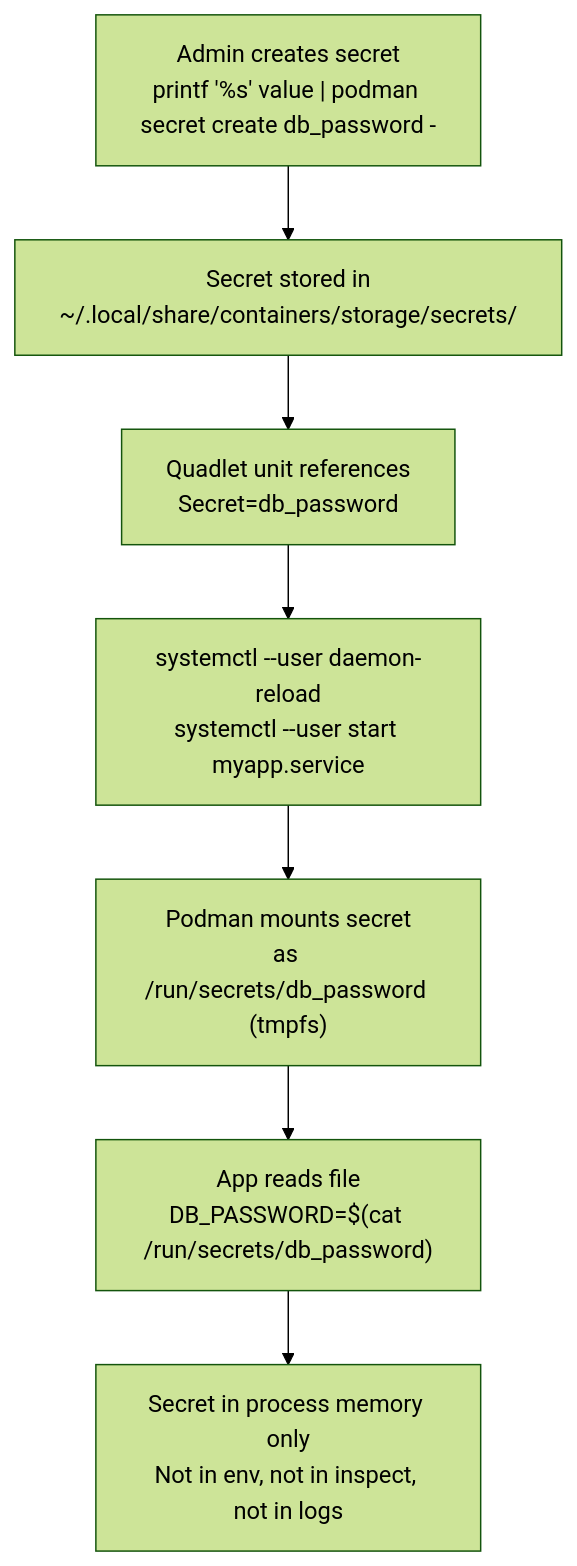
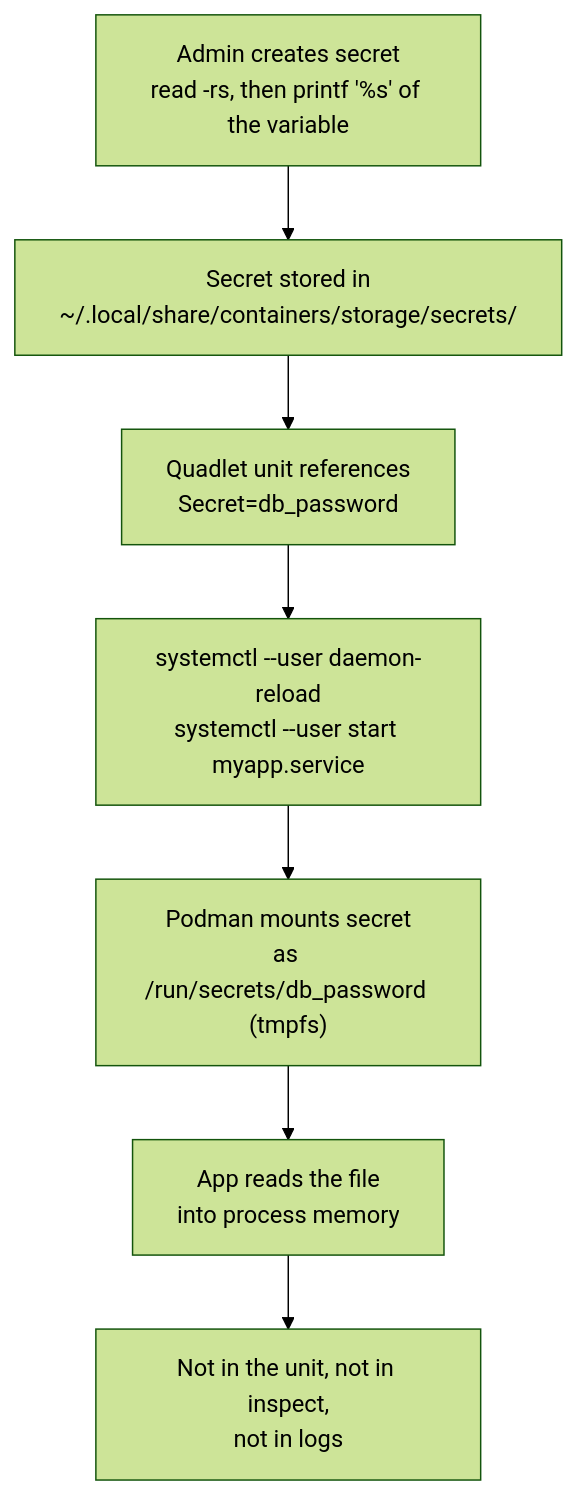
One commit to UncleJS/course_podman changed the first of 2 diagrams in modules/11a-quadlet-secrets.md. Above: the diagram before and after it, drawn with Mermaid (forest theme). The commit also changed other lines of this file and 58 other files, not shown here.

````diff
--- a/modules/11a-quadlet-secrets.md
+++ b/modules/11a-quadlet-secrets.md
@@ -75,9 +75,9 @@
 ```mermaid
 flowchart TD
-    A["Admin creates secret<br/>printf '%s' value | podman secret create db_password -"] --> B["Secret stored in<br/>~/.local/share/containers/storage/secrets/"]
+    A["Admin creates secret<br/>read -rs, then printf '%s' of the variable"] --> B["Secret stored in<br/>~/.local/share/containers/storage/secrets/"]
     B --> C["Quadlet unit references<br/>Secret=db_password"]
     C --> D["systemctl --user daemon-reload<br/>systemctl --user start myapp.service"]
     D --> E["Podman mounts secret<br/>as /run/secrets/db_password (tmpfs)"]
-    E --> F["App reads file<br/>DB_PASSWORD=$(cat /run/secrets/db_password)"]
-    F --> G["Secret in process memory only<br/>Not in env, not in inspect, not in logs"]
+    E --> F["App reads the file<br/>into process memory"]
+    F --> G["Not in the unit, not in inspect,<br/>not in logs"]
 ```
````
